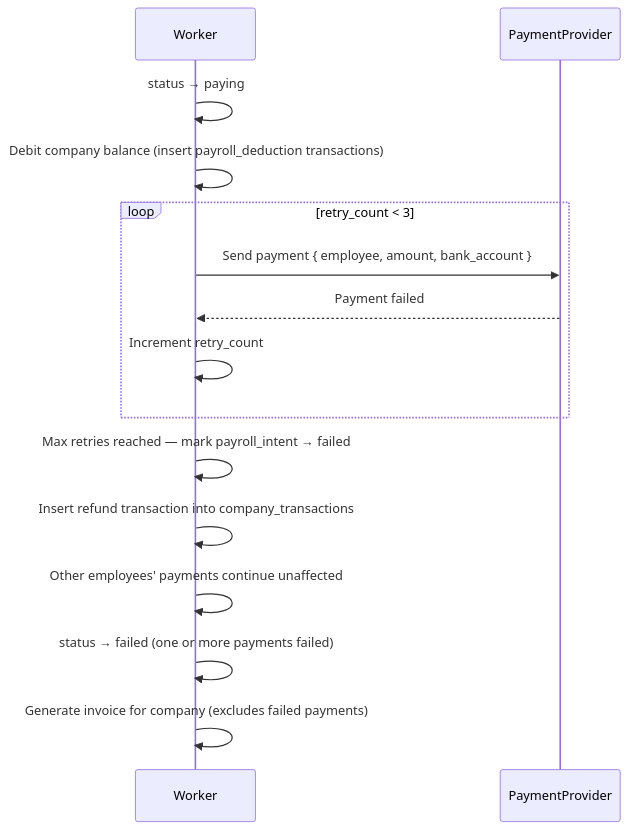
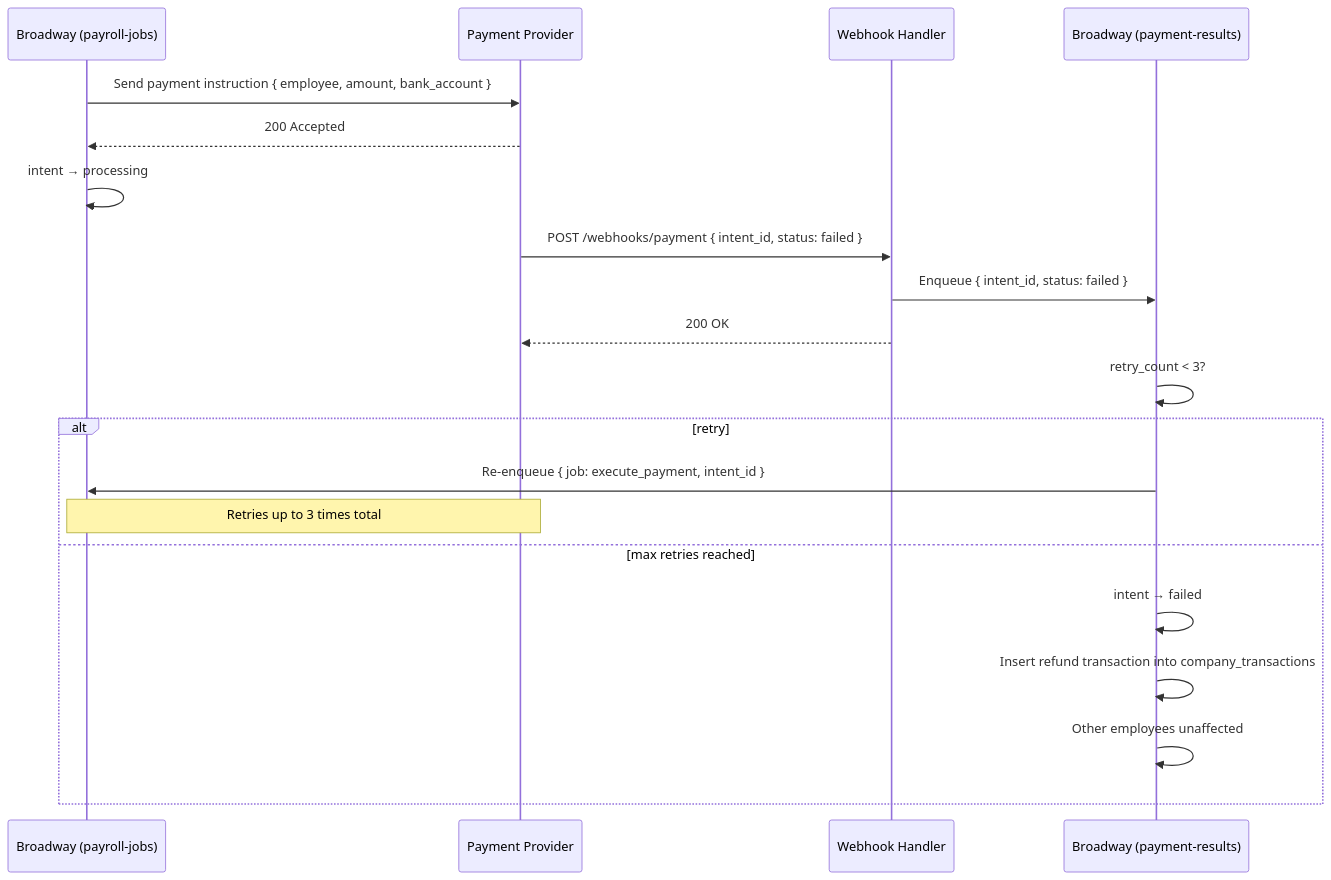
Before and after one commit to jpdealba/global_payroll: the third of 4 diagrams in Docs/1.5- SEQUENCE.md, drawn with Mermaid. The commit also changed other lines of this file and 4 other files, not shown here.

Commit message:
Enhance payment processing documentation and architecture overview

````diff
--- a/Docs/1.5- SEQUENCE.md
+++ b/Docs/1.5- SEQUENCE.md
@@ -79,25 +86,28 @@
 ```mermaid
 sequenceDiagram
-    participant Worker
-    participant PaymentProvider
+    participant Worker as Broadway (payroll-jobs)
+    participant Provider as Payment Provider
+    participant Webhook as Webhook Handler
+    participant Results as Broadway (payment-results)
 
     %% Picks up from happy path: run is approved, status → paying
-    %% Worker processes each employee — this shows one failing payment
 
-    Worker->>Worker: status → paying
-    Worker->>Worker: Debit company balance (insert payroll_deduction transactions)
+    Worker->>Provider: Send payment instruction { employee, amount, bank_account }
+    Provider-->>Worker: 200 Accepted
+    Worker->>Worker: intent → processing
 
-    loop retry_count < 3
-        Worker->>PaymentProvider: Send payment { employee, amount, bank_account }
-        PaymentProvider-->>Worker: Payment failed
-        Worker->>Worker: Increment retry_count
+    Provider->>Webhook: POST /webhooks/payment { intent_id, status: failed }
+    Webhook->>Results: Enqueue { intent_id, status: failed }
+    Webhook-->>Provider: 200 OK
+
+    Results->>Results: retry_count < 3?
+
+    alt retry
+        Results->>Worker: Re-enqueue { job: execute_payment, intent_id }
+        Note over Worker,Provider: Retries up to 3 times total
+    else max retries reached
+        Results->>Results: intent → failed
+        Results->>Results: Insert refund transaction into company_transactions
+        Results->>Results: Other employees unaffected
     end
-
-    Worker->>Worker: Max retries reached — mark payroll_intent → failed
-    Worker->>Worker: Insert refund transaction into company_transactions
-    Worker->>Worker: Other employees' payments continue unaffected
-
-    %% Once all intents are settled
-    Worker->>Worker: status → failed (one or more payments failed)
-    Worker->>Worker: Generate invoice for company (excludes failed payments)
 ```
````
